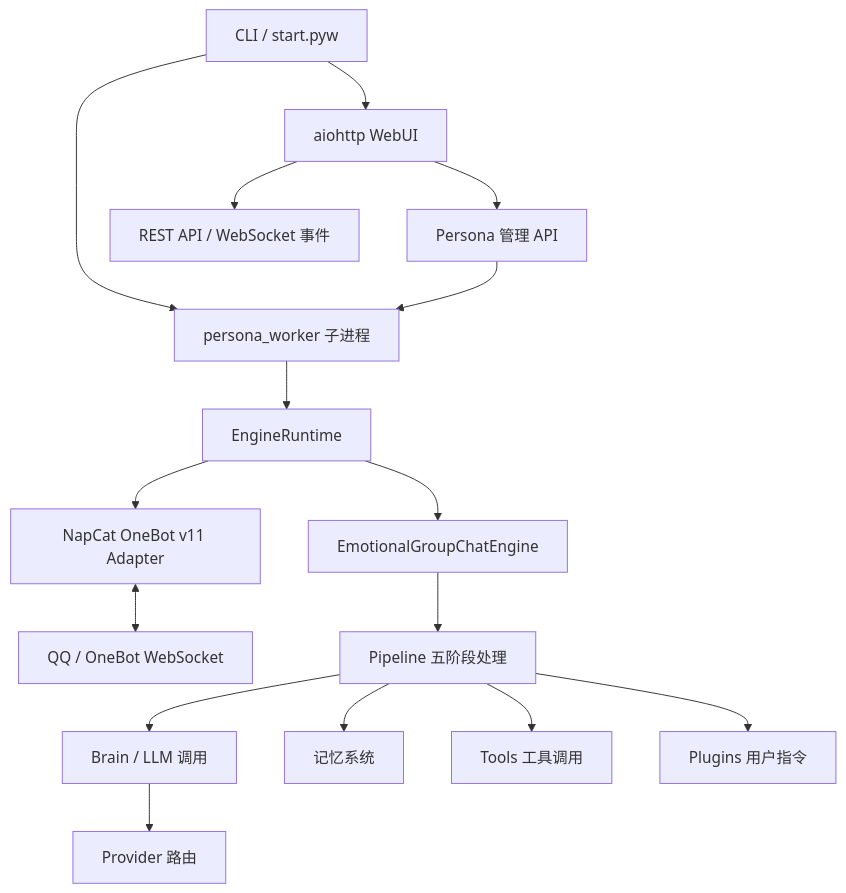
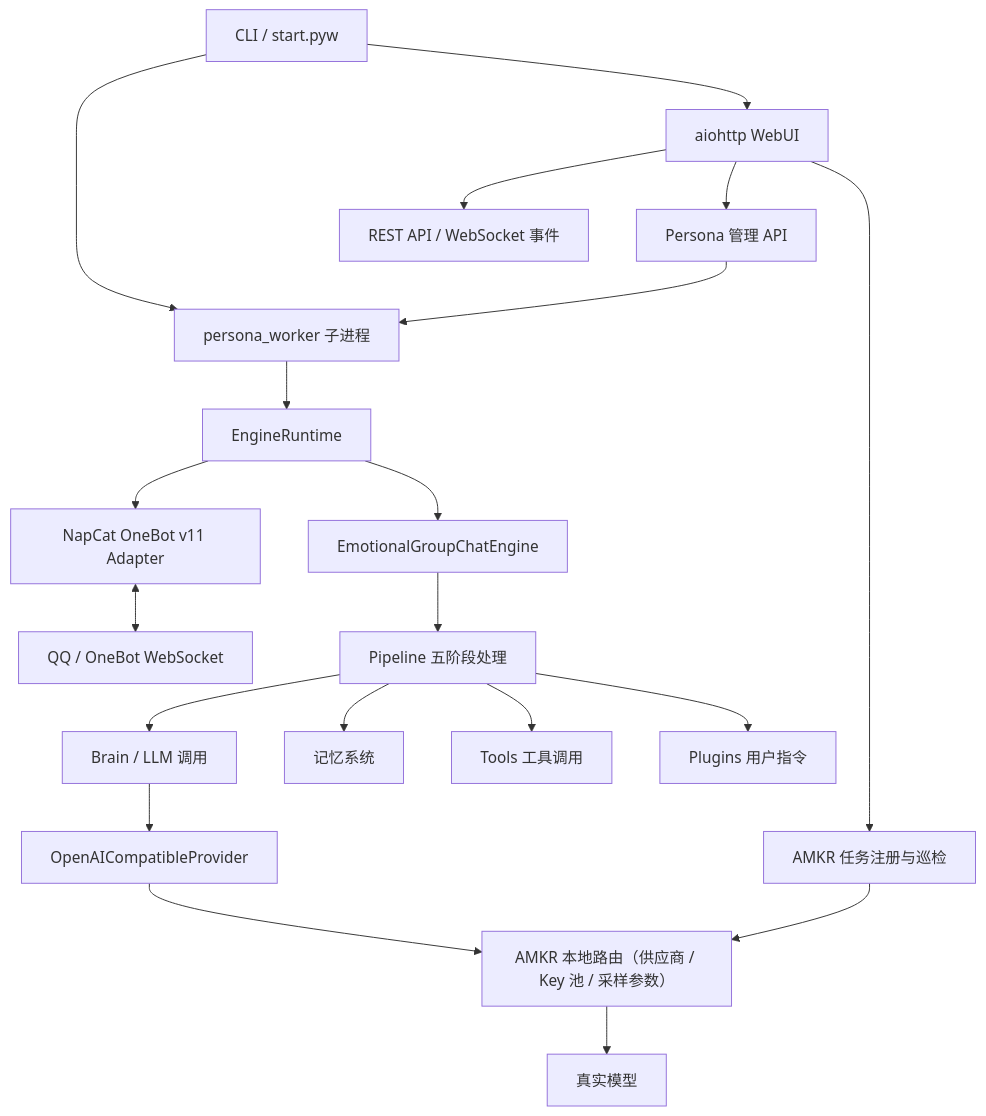
Before and after one commit to Sparrived/SiriusPulse-Docs: the diagram in guide/architecture-overview.md, drawn with Mermaid. The commit also changed other lines of this file and 24 other files, not shown here.

First line of the commit message:
docs: 同步 Provider 移除后的 AMKR 架构说明

````diff
--- a/guide/architecture-overview.md
+++ b/guide/architecture-overview.md
@@ -5,18 +5,22 @@
 ```mermaid
 flowchart TD
   CLI["CLI / start.pyw"] --> WebUI["aiohttp WebUI"]
   CLI --> Worker["persona_worker 子进程"]
   WebUI --> PM["Persona 管理 API"]
   PM --> Worker
   Worker --> Runtime["EngineRuntime"]
   Runtime --> Adapter["NapCat OneBot v11 Adapter"]
   Runtime --> Engine["EmotionalGroupChatEngine"]
   Adapter <--> QQ["QQ / OneBot WebSocket"]
   Engine --> Pipeline["Pipeline 五阶段处理"]
   Pipeline --> Brain["Brain / LLM 调用"]
-  Brain --> Providers["Provider 路由"]
+  Brain --> Providers["OpenAICompatibleProvider"]
+  Providers --> AMKR["AMKR 本地路由（供应商 / Key 池 / 采样参数）"]
+  AMKR --> Models["真实模型"]
+  WebUI --> Sync["AMKR 任务注册与巡检"]
+  Sync --> AMKR
   Pipeline --> Memory["记忆系统"]
   Pipeline --> Tools["Tools 工具调用"]
   Pipeline --> Plugins["Plugins 用户指令"]
   WebUI --> API["REST API / WebSocket 事件"]
 ```
````
